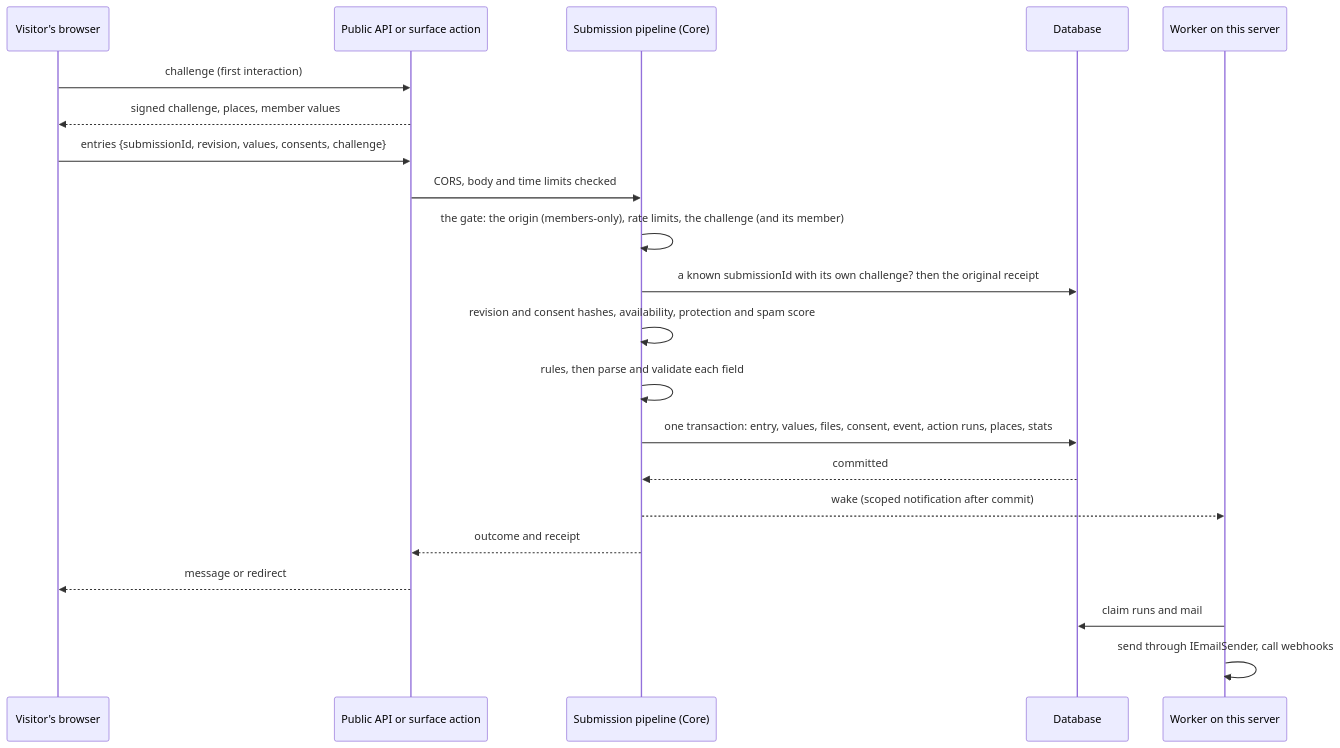
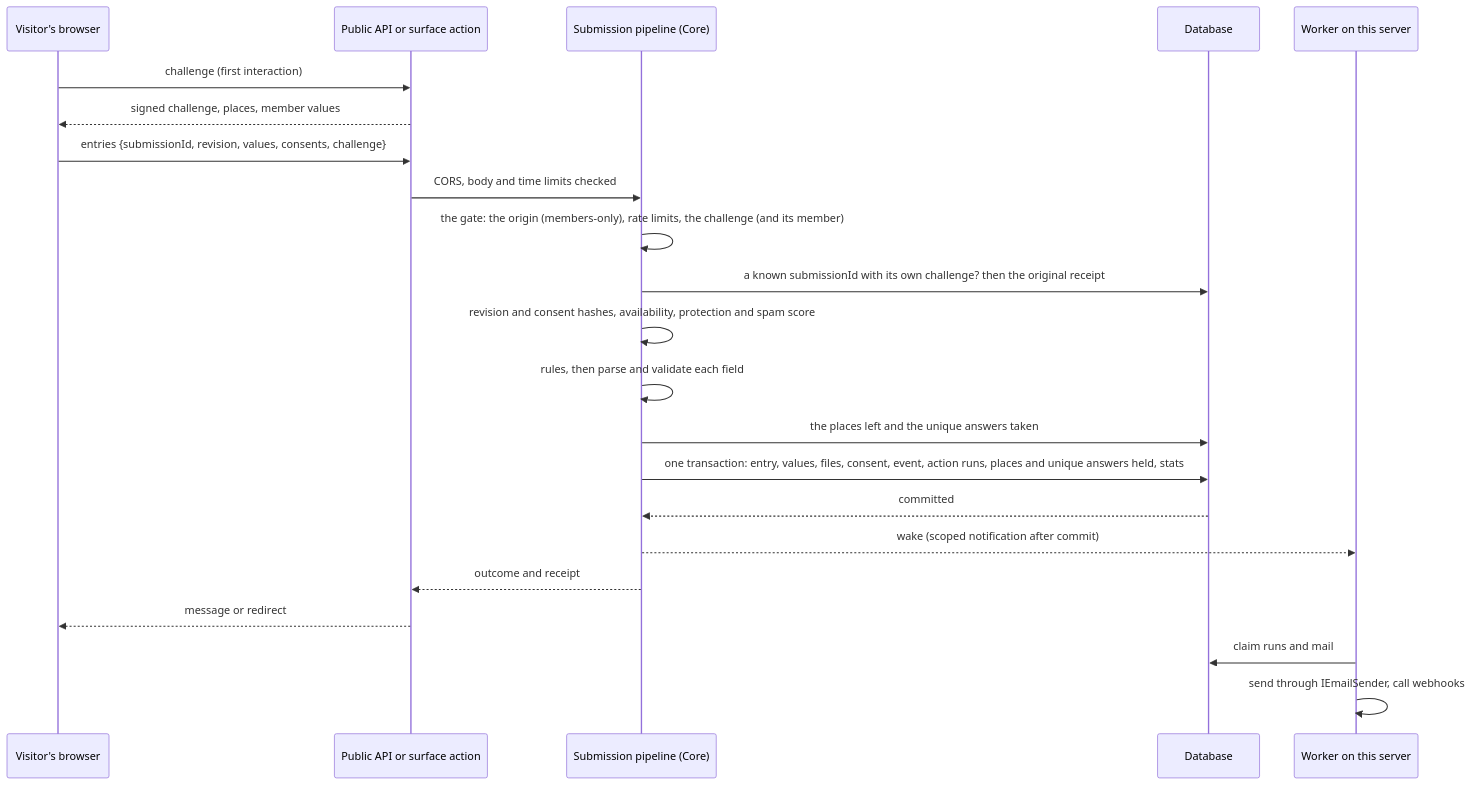
One commit to Jiron/Jiron.Umbraco.FormBuilder changed the fourth of 4 diagrams in docs/architecture.md. Above: the diagram before and after it, drawn with Mermaid. The commit also changed other lines of this file and 23 other files, not shown here.

First line of the commit message:
feat(public-api): unique answers

````diff
--- a/docs/architecture.md
+++ b/docs/architecture.md
@@ -361,23 +361,24 @@
 ```mermaid
 sequenceDiagram
   participant V as Visitor's browser
   participant P as Public API or surface action
   participant S as Submission pipeline (Core)
   participant D as Database
   participant W as Worker on this server
   V->>P: challenge (first interaction)
   P-->>V: signed challenge, places, member values
   V->>P: entries {submissionId, revision, values, consents, challenge}
   P->>S: CORS, body and time limits checked
   S->>S: the gate: the origin (members-only), rate limits, the challenge (and its member)
   S->>D: a known submissionId with its own challenge? then the original receipt
   S->>S: revision and consent hashes, availability, protection and spam score
   S->>S: rules, then parse and validate each field
-  S->>D: one transaction: entry, values, files, consent, event, action runs, places, stats
+  S->>D: the places left and the unique answers taken
+  S->>D: one transaction: entry, values, files, consent, event, action runs, places and unique answers held, stats
   D-->>S: committed
   S-->>W: wake (scoped notification after commit)
   S-->>P: outcome and receipt
   P-->>V: message or redirect
   W->>D: claim runs and mail
   W->>W: send through IEmailSender, call webhooks
 ```
````
